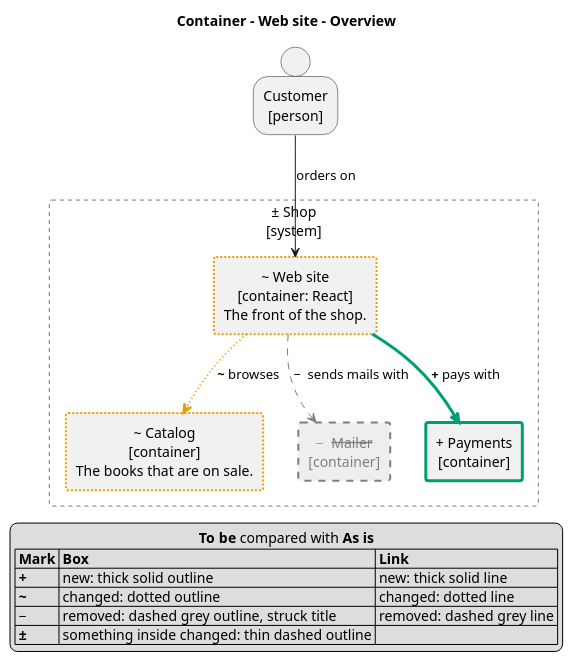
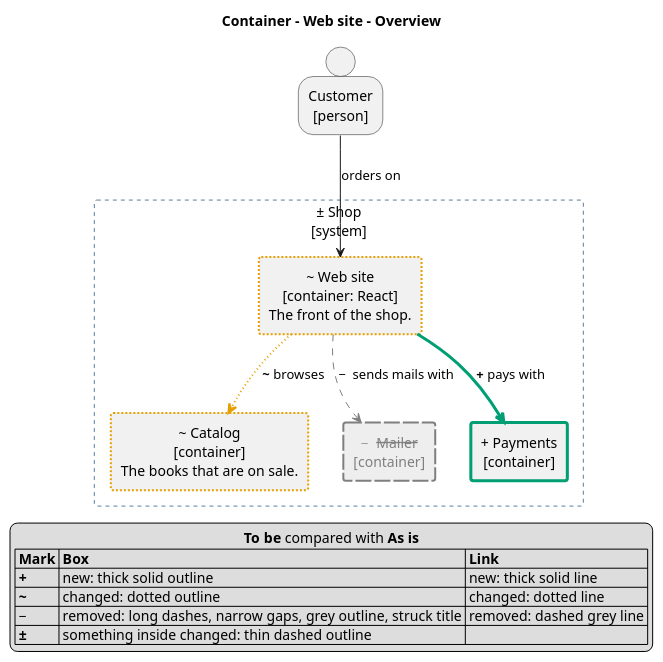
One commit to tmorin/archicode changed the diagram in src/doc/examples/domain_plateaus/views-to-be-vs-as-is/plantuml/application/shop_web-overview.puml. Above: the diagram before and after it, drawn with PlantUML. The commit also changed 17 other files, not shown here.

```diff
--- a/src/doc/examples/domain_plateaus/views-to-be-vs-as-is/plantuml/application/shop_web-overview.puml
+++ b/src/doc/examples/domain_plateaus/views-to-be-vs-as-is/plantuml/application/shop_web-overview.puml
@@ -46,7 +46,7 @@
 |= Mark |= Box |= Link |
 | **+** | new: thick solid outline | new: thick solid line |
 | **<U+007E>** | changed: dotted outline | changed: dotted line |
-| **<U+2212>** | removed: dashed grey outline, struck title | removed: dashed grey line |
+| **<U+2212>** | removed: long dashes, narrow gaps, grey outline, struck title | removed: dashed grey line |
 | **<U+00B1>** | something inside changed: thin dashed outline | |
 endlegend
 <style>
@@ -216,7 +216,7 @@
 actor {
 BackgroundColor: #EEEEEE
 LineColor: #7F7F7F
-LineStyle: 7
+LineStyle: 16-3
 LineThickness: 2
 FontColor: #7F7F7F
 }
@@ -227,7 +227,7 @@
 card {
 BackgroundColor: #EEEEEE
 LineColor: #7F7F7F
-LineStyle: 7
+LineStyle: 16-3
 LineThickness: 2
 FontColor: #7F7F7F
 }
@@ -238,7 +238,7 @@
 database {
 BackgroundColor: #EEEEEE
 LineColor: #7F7F7F
-LineStyle: 7
+LineStyle: 16-3
 LineThickness: 2
 FontColor: #7F7F7F
 }
@@ -249,7 +249,7 @@
 node {
 BackgroundColor: #EEEEEE
 LineColor: #7F7F7F
-LineStyle: 7
+LineStyle: 16-3
 LineThickness: 2
 FontColor: #7F7F7F
 }
@@ -260,7 +260,7 @@
 person {
 BackgroundColor: #EEEEEE
 LineColor: #7F7F7F
-LineStyle: 7
+LineStyle: 16-3
 LineThickness: 2
 FontColor: #7F7F7F
 }
@@ -271,7 +271,7 @@
 rectangle {
 BackgroundColor: #EEEEEE
 LineColor: #7F7F7F
-LineStyle: 7
+LineStyle: 16-3
 LineThickness: 2
 FontColor: #7F7F7F
 }
```
